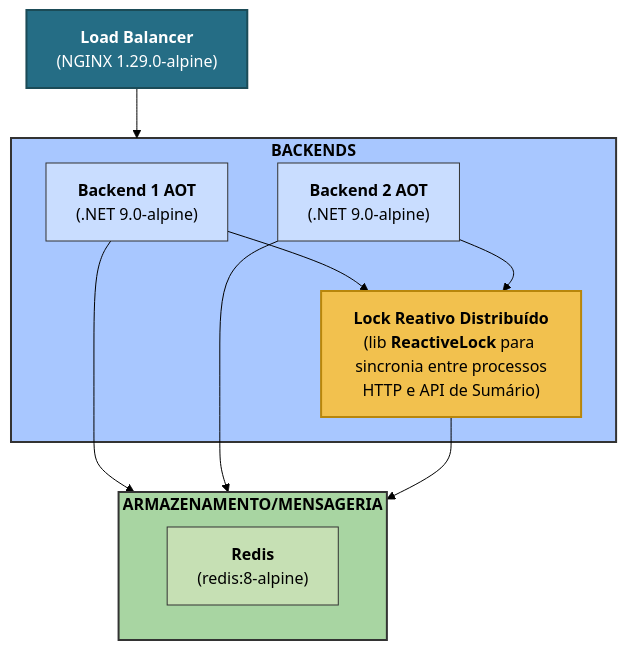
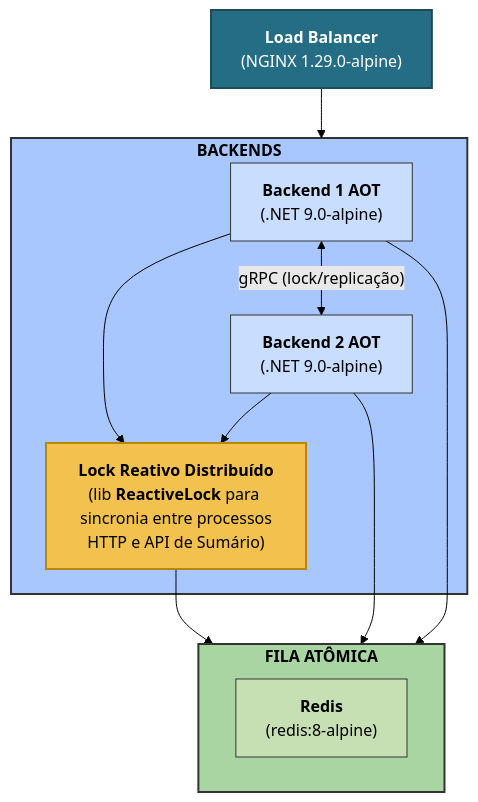
Before and after one commit to micheloliveira-com/rinha-de-backend-2025-dotnet-csharp-redis-grpc: the diagram in README.md, drawn with Mermaid (forest theme). The commit also changed other lines of this file, not shown here.

````diff
--- a/README.md
+++ b/README.md
@@ -47,37 +48,41 @@
 ```mermaid
 graph TD
   loadBalancer["<b>Load Balancer</b><br />(NGINX 1.29.0-alpine)"]
 
   subgraph backendsGroup["<b>BACKENDS</b>"]
     backend1["<b>Backend 1 AOT</b><br />(.NET 9.0-alpine)"]
     backend2["<b>Backend 2 AOT</b><br />(.NET 9.0-alpine)"]
     reactiveLock["<b>Lock Reativo Distribuído</b><br/>(lib <b>ReactiveLock</b> para sincronia entre processos<br/>HTTP e API de Sumário)"]
   end
 
-  subgraph storageGroup["<b>ARMAZENAMENTO/MENSAGERIA</b>"]
+  subgraph storageGroup["<b>FILA ATÔMICA</b>"]
     redis["<b>Redis</b><br />(redis:8-alpine)"]
   end
 
   loadBalancer --> backendsGroup
 
   backend1 --> storageGroup
   backend2 --> storageGroup
 
   backend1 --> reactiveLock
   backend2 --> reactiveLock
 
   reactiveLock --> storageGroup
 
+  %% Comunicação gRPC entre APIs
+  backend1 <--> |"gRPC (lock/replicação)"| backend2
+
   classDef invisible fill:none,stroke:none;
 
   %% Estilos de cor
   style loadBalancer fill:#256D85,stroke:#1B4B57,stroke-width:2px,color:#FFFFFF
 
   style backendsGroup fill:#a8c7ff,stroke:#333,stroke-width:2px,color:#000
   style backend1 fill:#c9ddff,stroke:#333,stroke-width:1px,color:#000
   style backend2 fill:#c9ddff,stroke:#333,stroke-width:1px,color:#000
   style reactiveLock fill:#f2c14e,stroke:#b8860b,stroke-width:2px,color:#000
 
   style storageGroup fill:#a8d5a2,stroke:#333,stroke-width:2px,color:#000
   style redis fill:#c6e0b4,stroke:#333,stroke-width:1px,color:#000
+
 ```
````
